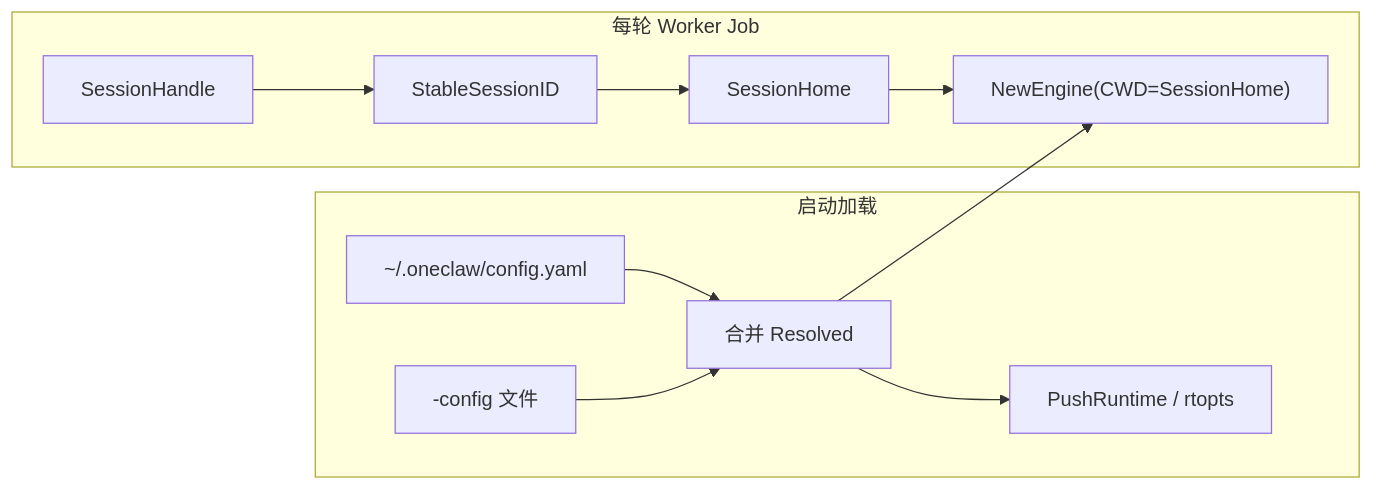
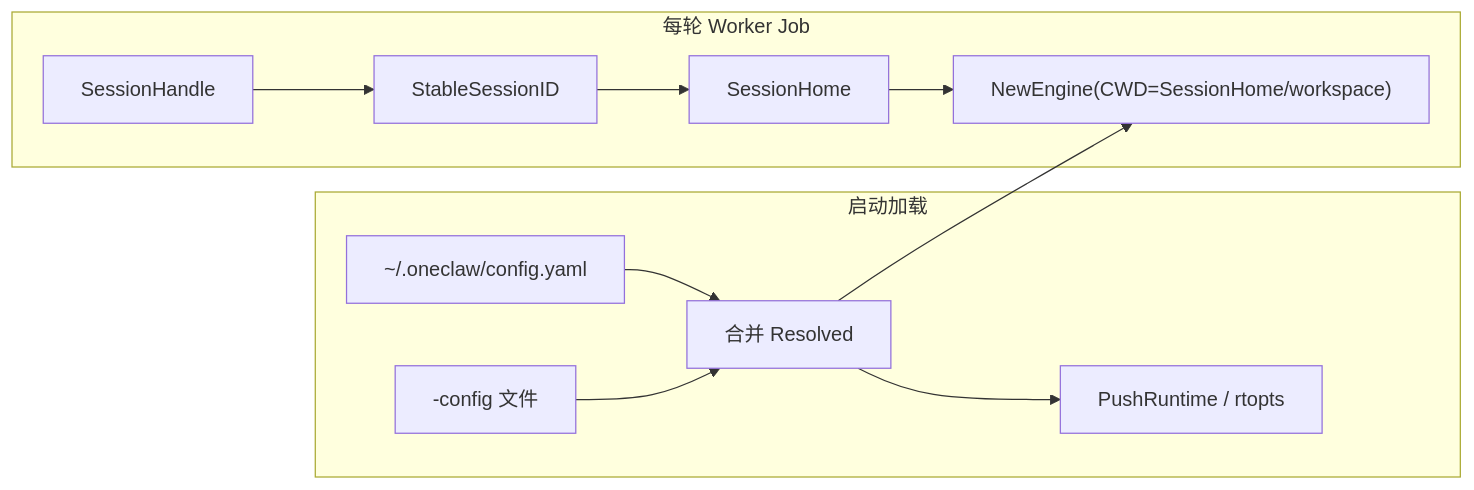
Before and after one commit to lengzhao/oneclaw: the diagram in docs/session-home-isolation-design.md, drawn with Mermaid. The commit also changed other lines of this file and 66 other files, not shown here.

````diff
--- a/docs/session-home-isolation-design.md
+++ b/docs/session-home-isolation-design.md
@@ -102,16 +103,16 @@
 ```mermaid
 flowchart LR
   subgraph load [启动加载]
     Y1["~/.oneclaw/config.yaml"]
     Y2["-config 文件"]
     Y1 --> Merge[合并 Resolved]
     Y2 --> Merge
     Merge --> RT[PushRuntime / rtopts]
   end
   subgraph job [每轮 Worker Job]
     H[SessionHandle] --> SID[StableSessionID]
     SID --> SH[SessionHome]
-    SH --> ENG["NewEngine(CWD=SessionHome)"]
+    SH --> ENG["NewEngine(CWD=SessionHome/workspace)"]
     Merge --> ENG
   end
 ```
````
